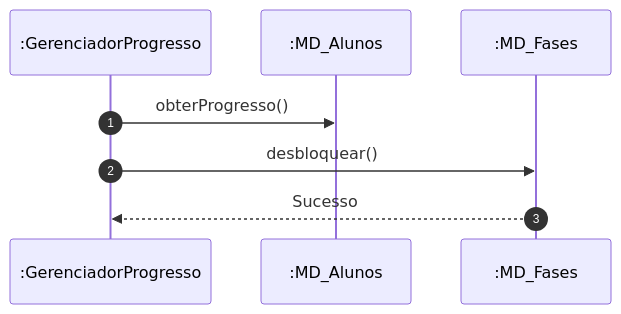
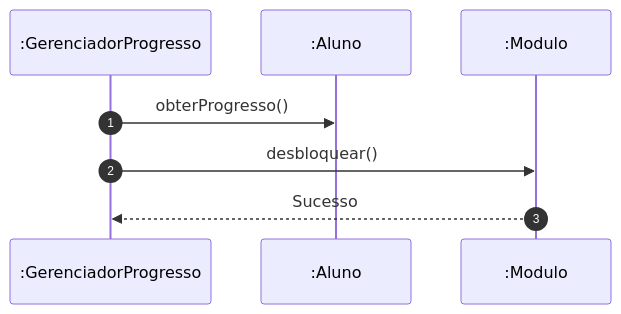
The second of 2 diagrams in PIM_III/02_Modelagem_UML_Astah/UC13_Desbloquear_Fases_Modulos/README.md (MayconDIS/PIM_III-Documentacao_UML), drawn with Mermaid before and after one commit. The commit also changed other lines of this file and 86 other files, not shown here.

Commit message:
docs(uml): add comprehensive UML diagrams and tutorials for all 15 use cases

````diff
--- a/PIM_III/02_Modelagem_UML_Astah/UC13_Desbloquear_Fases_Modulos/README.md
+++ b/PIM_III/02_Modelagem_UML_Astah/UC13_Desbloquear_Fases_Modulos/README.md
@@ -55,10 +55,10 @@
 ```mermaid
 sequenceDiagram
     autonumber
     participant M as :GerenciadorProgresso
-    participant A as :MD_Alunos
-    participant F as :MD_Fases
+    participant A as :Aluno
+    participant F as :Modulo
     M->>A: obterProgresso()
     M->>F: desbloquear()
     F-->>M: Sucesso
 ```
````
